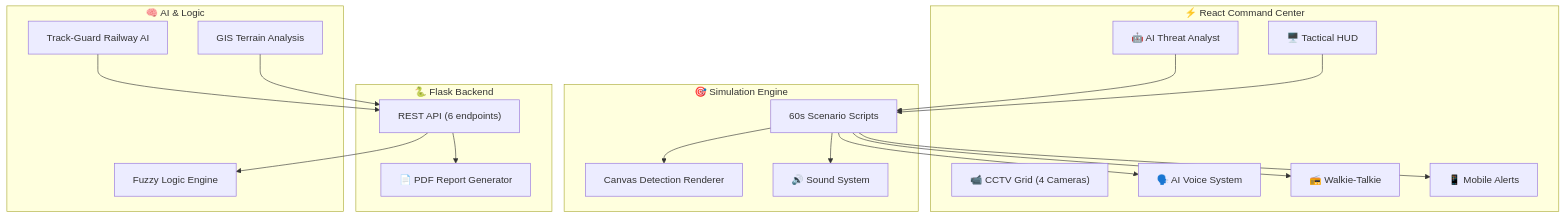
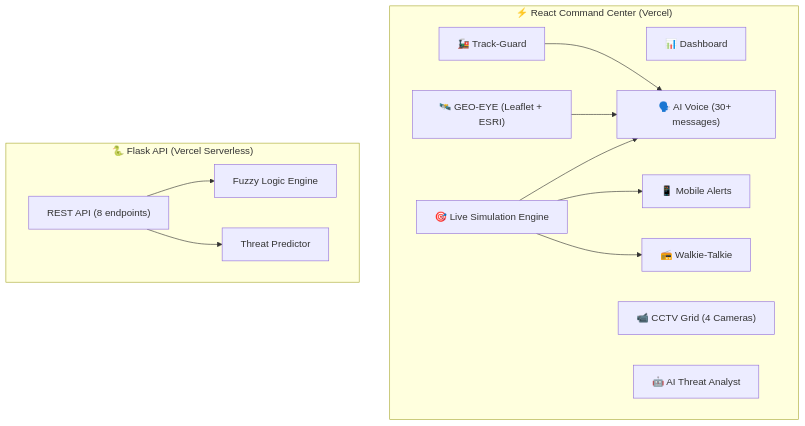
The diagram in README.md (Drishtipixiee/trinetra-rakshak-ssd), drawn with Mermaid before and after one commit. The commit also changed other lines of this file, not shown here.

````diff
--- a/README.md
+++ b/README.md
@@ -106,40 +124,28 @@
 ```mermaid
 graph TD
-    subgraph Frontend ["⚡ React Command Center"]
-        UI["🖥️ Tactical HUD"]
+    subgraph Frontend ["⚡ React Command Center (Vercel)"]
+        DASH["📊 Dashboard"]
+        LIVE["🎯 Live Simulation Engine"]
         CCTV["📹 CCTV Grid (4 Cameras)"]
-        AI_Chat["🤖 AI Threat Analyst"]
-        Voice["🗣️ AI Voice System"]
-        Radio["📻 Walkie-Talkie"]
+        GEO["🛰️ GEO-EYE (Leaflet + ESRI)"]
+        TRACK["🚂 Track-Guard"]
+        CHAT["🤖 AI Threat Analyst"]
+        VOICE["🗣️ AI Voice (30+ messages)"]
         SMS["📱 Mobile Alerts"]
+        RADIO["📻 Walkie-Talkie"]
     end
 
-    subgraph Simulation ["🎯 Simulation Engine"]
-        SIM["60s Scenario Scripts"]
-        Canvas["Canvas Detection Renderer"]
-        Sounds["🔊 Sound System"]
+    subgraph Backend ["🐍 Flask API (Vercel Serverless)"]
+        API["REST API (8 endpoints)"]
+        FUZZY["Fuzzy Logic Engine"]
+        PREDICT["Threat Predictor"]
     end
 
-    subgraph Backend ["🐍 Flask Backend"]
-        API["REST API (6 endpoints)"]
-        PDF["📄 PDF Report Generator"]
-    end
-
-    subgraph AI ["🧠 AI & Logic"]
-        Fuzzy["Fuzzy Logic Engine"]
-        GEO["GIS Terrain Analysis"]
-        Track["Track-Guard Railway AI"]
-    end
-
-    UI --> SIM
-    SIM --> Canvas
-    SIM --> Voice
-    SIM --> Radio
-    SIM --> SMS
-    SIM --> Sounds
-    AI_Chat --> SIM
-    API --> Fuzzy
-    API --> PDF
-    GEO --> API
-    Track --> API
+    LIVE --> VOICE
+    LIVE --> SMS
+    LIVE --> RADIO
+    GEO --> VOICE
+    TRACK --> VOICE
+    API --> FUZZY
+    API --> PREDICT
 ```
````
